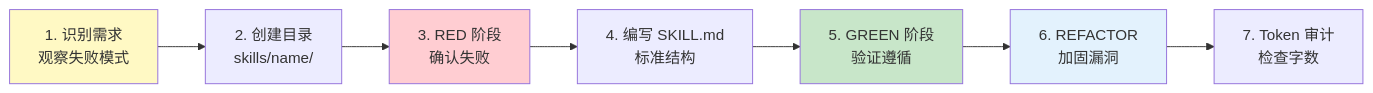
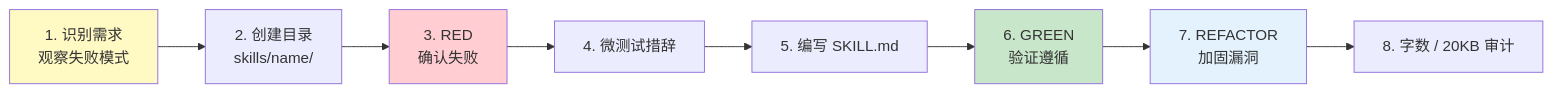
One commit to yongnianliu/superpowers changed the second of 2 diagrams in docs/zh/09-writing-skills.md. Above: the diagram before and after it, drawn with Mermaid. The commit also changed other lines of this file and 12 other files, not shown here.

````diff
--- a/docs/zh/09-writing-skills.md
+++ b/docs/zh/09-writing-skills.md
@@ -122,14 +167,15 @@
 ```mermaid
 flowchart LR
     A["1. 识别需求<br/>观察失败模式"] --> B["2. 创建目录<br/>skills/name/"]
-    B --> C["3. RED 阶段<br/>确认失败"]
-    C --> D["4. 编写 SKILL.md<br/>标准结构"]
-    D --> E["5. GREEN 阶段<br/>验证遵循"]
-    E --> F["6. REFACTOR<br/>加固漏洞"]
-    F --> G["7. Token 审计<br/>检查字数"]
+    B --> C["3. RED<br/>确认失败"]
+    C --> D["4. 微测试措辞"]
+    D --> E["5. 编写 SKILL.md"]
+    E --> F["6. GREEN<br/>验证遵循"]
+    F --> G["7. REFACTOR<br/>加固漏洞"]
+    G --> H["8. 字数 / 20KB 审计"]
 
     style A fill:#FFF9C4
     style C fill:#FFCDD2
-    style E fill:#C8E6C9
-    style F fill:#E3F2FD
+    style F fill:#C8E6C9
+    style G fill:#E3F2FD
 ```
````
